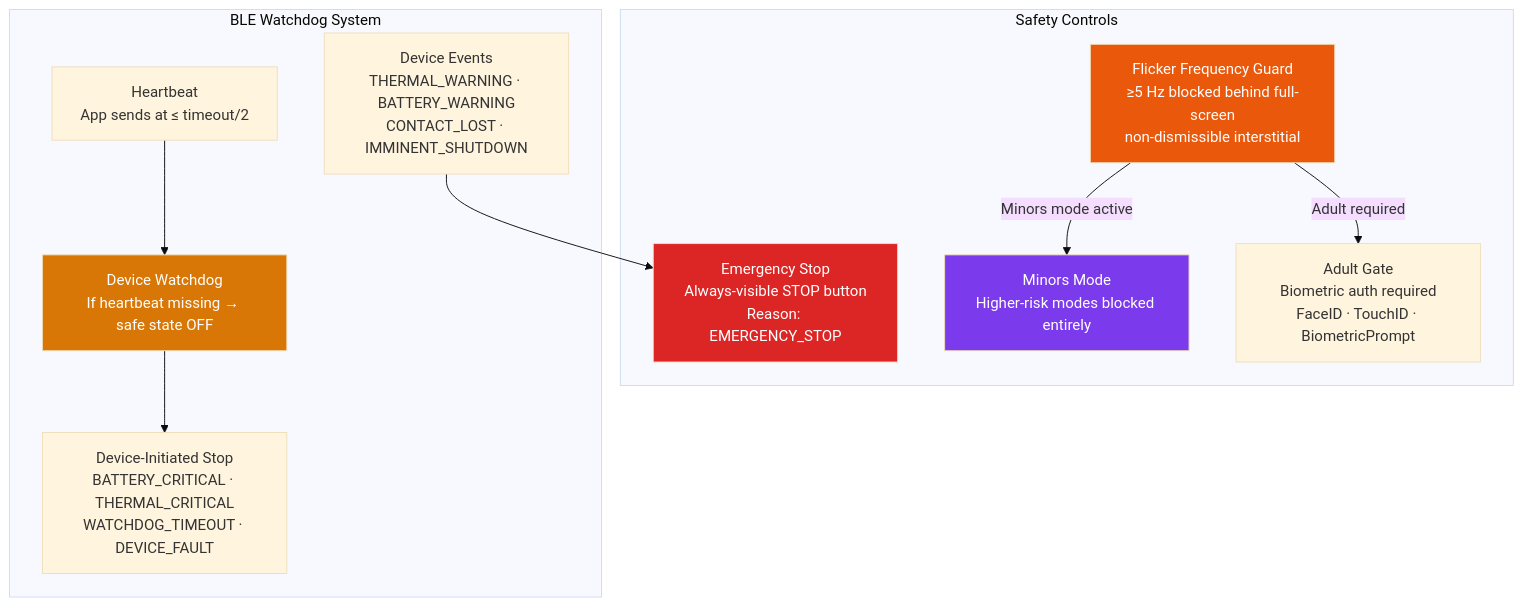
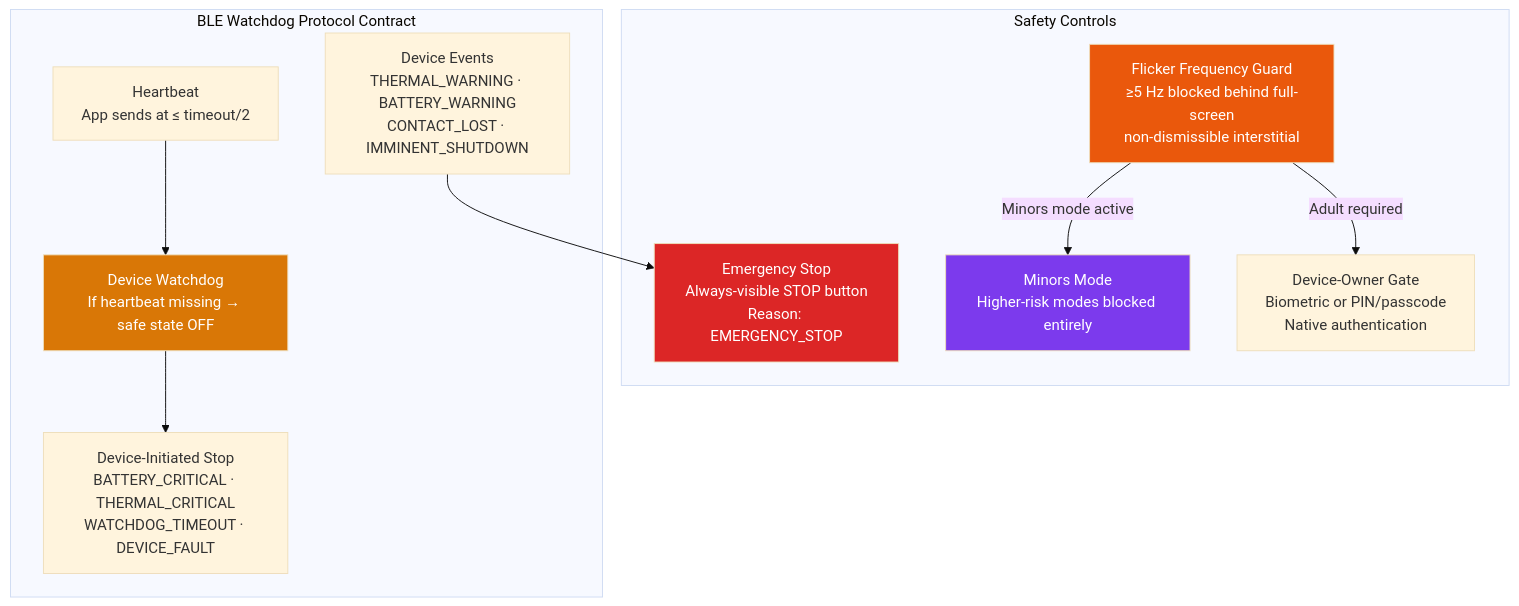
The third of 4 diagrams in LightRoutines/README.md (MILTONADINA/Private-Projects-Portfolio-Showcase), drawn with Mermaid (base theme) before and after one commit. The commit also changed other lines of this file and 43 other files, not shown here.

````diff
--- a/LightRoutines/README.md
+++ b/LightRoutines/README.md
@@ -177,28 +199,28 @@
 ```mermaid
 graph TB
     subgraph SafetyControls["Safety Controls"]
         FlickerGuard["Flicker Frequency Guard<br/>≥5 Hz blocked behind full-screen<br/>non-dismissible interstitial"]
         MinorsMode["Minors Mode<br/>Higher-risk modes blocked entirely"]
-        AdultGate["Adult Gate<br/>Biometric auth required<br/>FaceID · TouchID · BiometricPrompt"]
+        AdultGate["Device-Owner Gate<br/>Biometric or PIN/passcode<br/>Native authentication"]
         EStop["Emergency Stop<br/>Always-visible STOP button<br/>Reason: EMERGENCY_STOP"]
     end
 
-    subgraph Watchdog["BLE Watchdog System"]
+    subgraph Watchdog["BLE Watchdog Protocol Contract"]
         Heartbeat["Heartbeat<br/>App sends at ≤ timeout/2"]
         DeviceWatchdog["Device Watchdog<br/>If heartbeat missing → safe state OFF"]
         DeviceEvents["Device Events<br/>THERMAL_WARNING · BATTERY_WARNING<br/>CONTACT_LOST · IMMINENT_SHUTDOWN"]
         DeviceStop["Device-Initiated Stop<br/>BATTERY_CRITICAL · THERMAL_CRITICAL<br/>WATCHDOG_TIMEOUT · DEVICE_FAULT"]
     end
 
     FlickerGuard -->|"Minors mode active"| MinorsMode
     FlickerGuard -->|"Adult required"| AdultGate
 
     Heartbeat --> DeviceWatchdog
     DeviceWatchdog --> DeviceStop
     DeviceEvents --> EStop
 
     style EStop fill:#dc2626,color:#fff
     style FlickerGuard fill:#ea580c,color:#fff
     style DeviceWatchdog fill:#d97706,color:#fff
     style MinorsMode fill:#7c3aed,color:#fff
 ```
````
